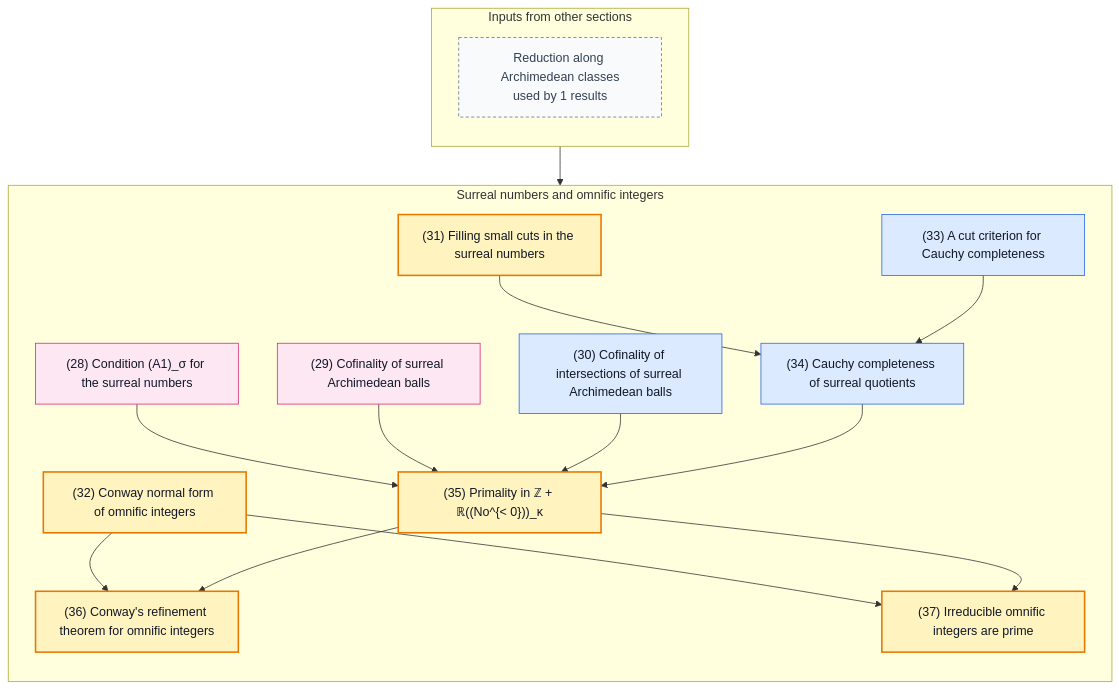
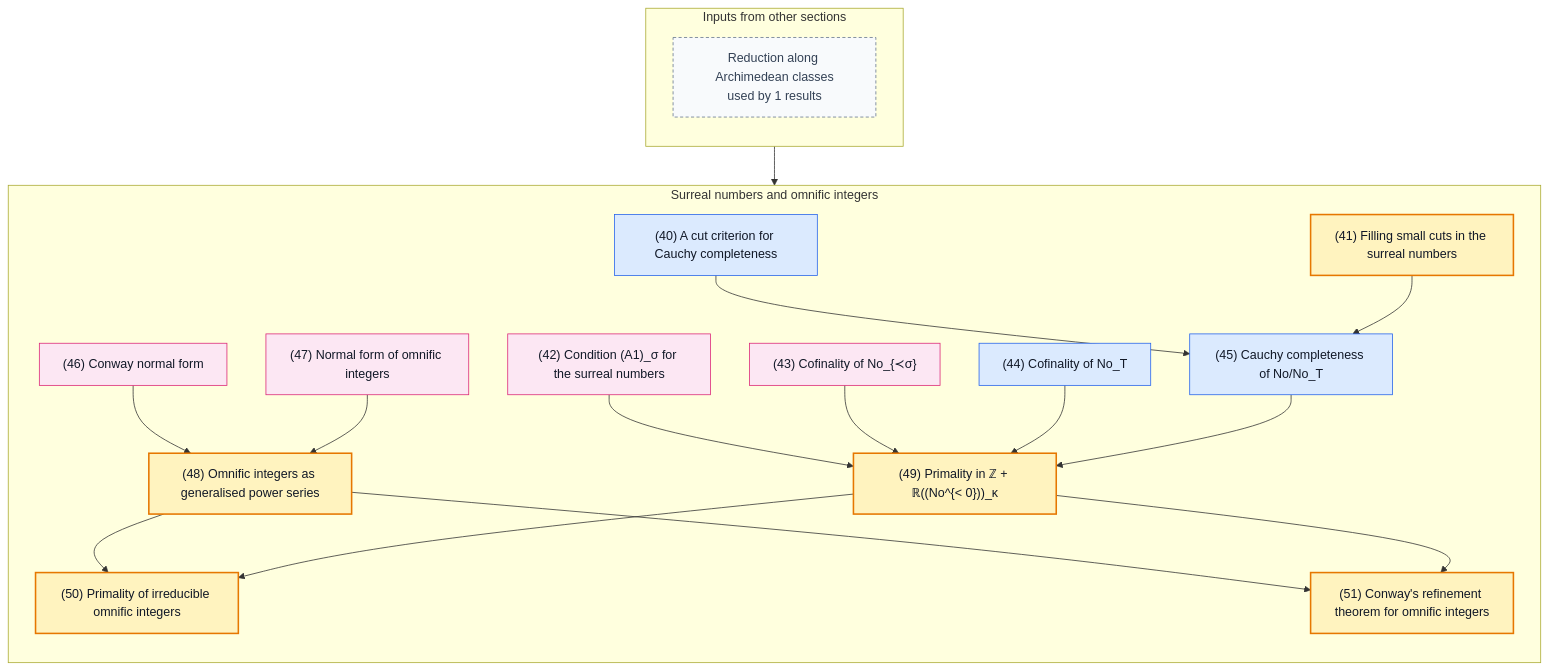
The fifth of 5 diagrams in README.md (gaearon/conway-refinement), drawn with Mermaid before and after one commit. The commit also changed other lines of this file and 46 other files, not shown here.

````diff
--- a/README.md
+++ b/README.md
@@ -378,53 +422,59 @@
 ```mermaid
 %% Generated by scripts/blueprint.sh; do not edit.
 %% Other sections are compressed to boundary nodes.
 %% Solid arrows are proof dependencies; dashed arrows are statement dependencies.
 flowchart TB
   subgraph inputs["Inputs from other sections"]
     direction TB
     in0["Reduction along Archimedean classes<br/>used by 1 results"]:::boundary
   end
   subgraph current["Surreal numbers and omnific integers"]
     direction TB
-    n028["(28) Condition (A1)_σ for the surreal numbers"]:::fact
-    n029["(29) Cofinality of surreal Archimedean balls"]:::fact
-    n030["(30) Cofinality of intersections of surreal Archimedean balls"]:::lemma
-    n031["(31) Filling small cuts in the surreal numbers"]:::theorem
-    n032["(32) Conway normal form of omnific integers"]:::theorem
-    n033["(33) A cut criterion for Cauchy completeness"]:::lemma
-    n034["(34) Cauchy completeness of surreal quotients"]:::lemma
-    n035["(35) Primality in ℤ + ℝ((No^{&lt; 0}))_κ"]:::theorem
-    n036["(36) Conway's refinement theorem for omnific integers"]:::theorem
-    n037["(37) Irreducible omnific integers are prime"]:::theorem
+    n040["(40) A cut criterion for Cauchy completeness"]:::lemma
+    n041["(41) Filling small cuts in the surreal numbers"]:::theorem
+    n042["(42) Condition (A1)_σ for the surreal numbers"]:::fact
+    n043["(43) Cofinality of No_{≺σ}"]:::fact
+    n044["(44) Cofinality of No_T"]:::lemma
+    n045["(45) Cauchy completeness of No/No_T"]:::lemma
+    n046["(46) Conway normal form"]:::fact
+    n047["(47) Normal form of omnific integers"]:::fact
+    n048["(48) Omnific integers as generalised power series"]:::theorem
+    n049["(49) Primality in ℤ + ℝ((No^{&lt; 0}))_κ"]:::theorem
+    n050["(50) Primality of irreducible omnific integers"]:::theorem
+    n051["(51) Conway's refinement theorem for omnific integers"]:::theorem
   end
 
-  n031 --> n034
-  n033 --> n034
-  n028 --> n035
-  n029 --> n035
-  n030 --> n035
-  n034 --> n035
-  n032 --> n036
-  n035 --> n036
-  n032 --> n037
-  n035 --> n037
-  in0 --> n035
-  click n028 "https://gaearon.github.io/conway-refinement/#/result/surreal-archimedean-strata" "Open the statement for fact 28"
-  click n029 "https://gaearon.github.io/conway-refinement/#/result/surreal-archimedean-ball-cofinality" "Open the statement for fact 29"
-  click n030 "https://gaearon.github.io/conway-refinement/#/result/surreal-common-tail-cofinality" "Open the statement for lemma 30"
-  click n031 "https://gaearon.github.io/conway-refinement/#/result/surreal-simplicity-small-cuts" "Open the statement for theorem 31"
-  click n032 "https://gaearon.github.io/conway-refinement/#/result/signed-normal-form-omnific-integer-equivalence" "Open the statement for theorem 32"
-  click n033 "https://gaearon.github.io/conway-refinement/#/result/complete-of-coinitial-scales-and-cut-filling" "Open the statement for lemma 33"
-  click n034 "https://gaearon.github.io/conway-refinement/#/result/surreal-common-tail-quotient-complete" "Open the statement for lemma 34"
-  click n035 "https://gaearon.github.io/conway-refinement/#/result/surreal-hahn-integer-part-primality" "Open the statement for theorem 35"
-  click n036 "https://gaearon.github.io/conway-refinement/#/result/conway-refinement" "Open the statement for theorem 36"
-  click n037 "https://gaearon.github.io/conway-refinement/#/result/omnific-factorisation" "Open the statement for theorem 37"
+  n040 --> n045
+  n041 --> n045
+  n046 --> n048
+  n047 --> n048
+  n042 --> n049
+  n043 --> n049
+  n044 --> n049
+  n045 --> n049
+  n048 --> n050
+  n049 --> n050
+  n048 --> n051
+  n049 --> n051
+  in0 --> n049
+  click n040 "https://gaearon.github.io/conway-refinement/#/result/complete-of-coinitial-scales-and-cut-filling" "Open the statement for lemma 40"
+  click n041 "https://gaearon.github.io/conway-refinement/#/result/surreal-simplicity-small-cuts" "Open the statement for theorem 41"
+  click n042 "https://gaearon.github.io/conway-refinement/#/result/surreal-archimedean-strata" "Open the statement for fact 42"
+  click n043 "https://gaearon.github.io/conway-refinement/#/result/surreal-archimedean-ball-cofinality" "Open the statement for fact 43"
+  click n044 "https://gaearon.github.io/conway-refinement/#/result/surreal-common-tail-cofinality" "Open the statement for lemma 44"
+  click n045 "https://gaearon.github.io/conway-refinement/#/result/surreal-common-tail-quotient-complete" "Open the statement for lemma 45"
+  click n046 "https://gaearon.github.io/conway-refinement/#/result/conway-normal-form" "Open the statement for fact 46"
+  click n047 "https://gaearon.github.io/conway-refinement/#/result/omnific-normal-form" "Open the statement for fact 47"
+  click n048 "https://gaearon.github.io/conway-refinement/#/result/signed-normal-form-omnific-integer-equivalence" "Open the statement for theorem 48"
+  click n049 "https://gaearon.github.io/conway-refinement/#/result/surreal-hahn-integer-part-primality" "Open the statement for theorem 49"
+  click n050 "https://gaearon.github.io/conway-refinement/#/result/omnific-factorisation" "Open the statement for theorem 50"
+  click n051 "https://gaearon.github.io/conway-refinement/#/result/conway-refinement" "Open the statement for theorem 51"
 
   classDef theorem fill:#fff3bf,stroke:#e67700,stroke-width:2px,color:#111827
   classDef definition fill:#f3f4f6,stroke:#4b5563,color:#111827
   classDef lemma fill:#dbeafe,stroke:#2563eb,color:#111827
   classDef proposition fill:#ede9fe,stroke:#7c3aed,color:#111827
   classDef corollary fill:#dcfce7,stroke:#16a34a,color:#111827
   classDef fact fill:#fce7f3,stroke:#db2777,color:#111827
   classDef boundary fill:#f8fafc,stroke:#64748b,stroke-dasharray:4 3,color:#334155
 ```
````
